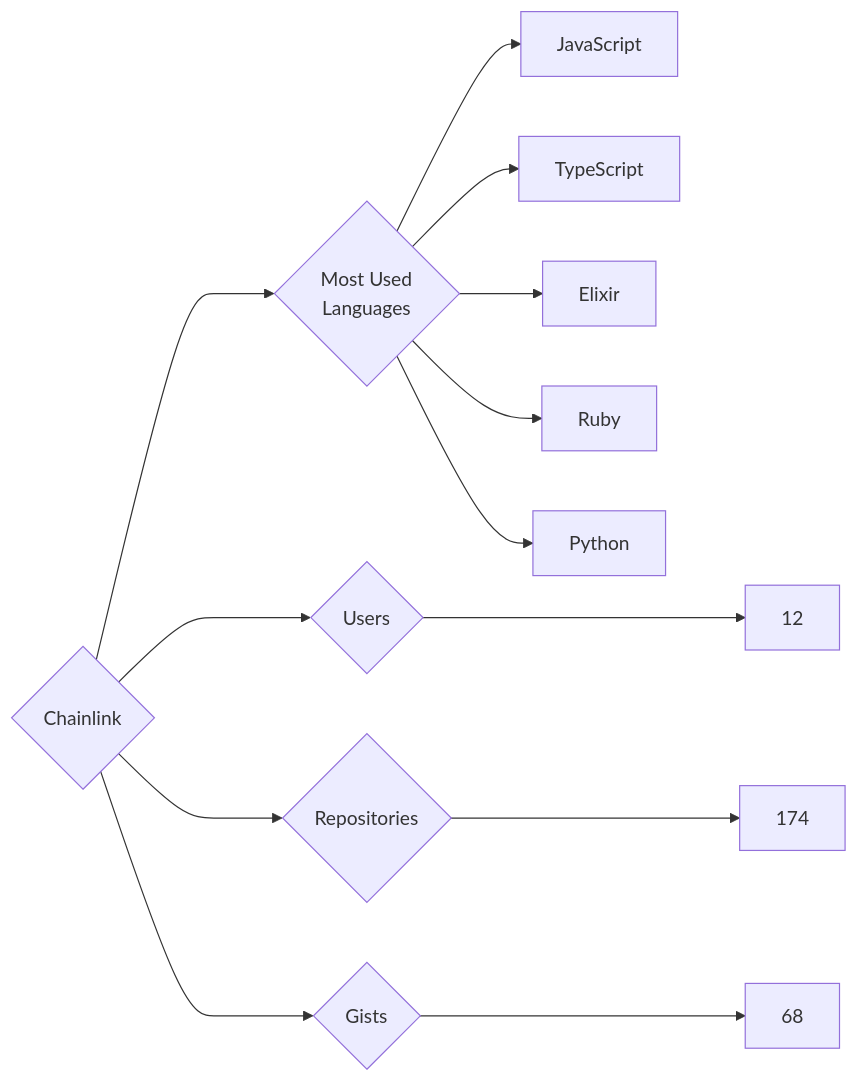
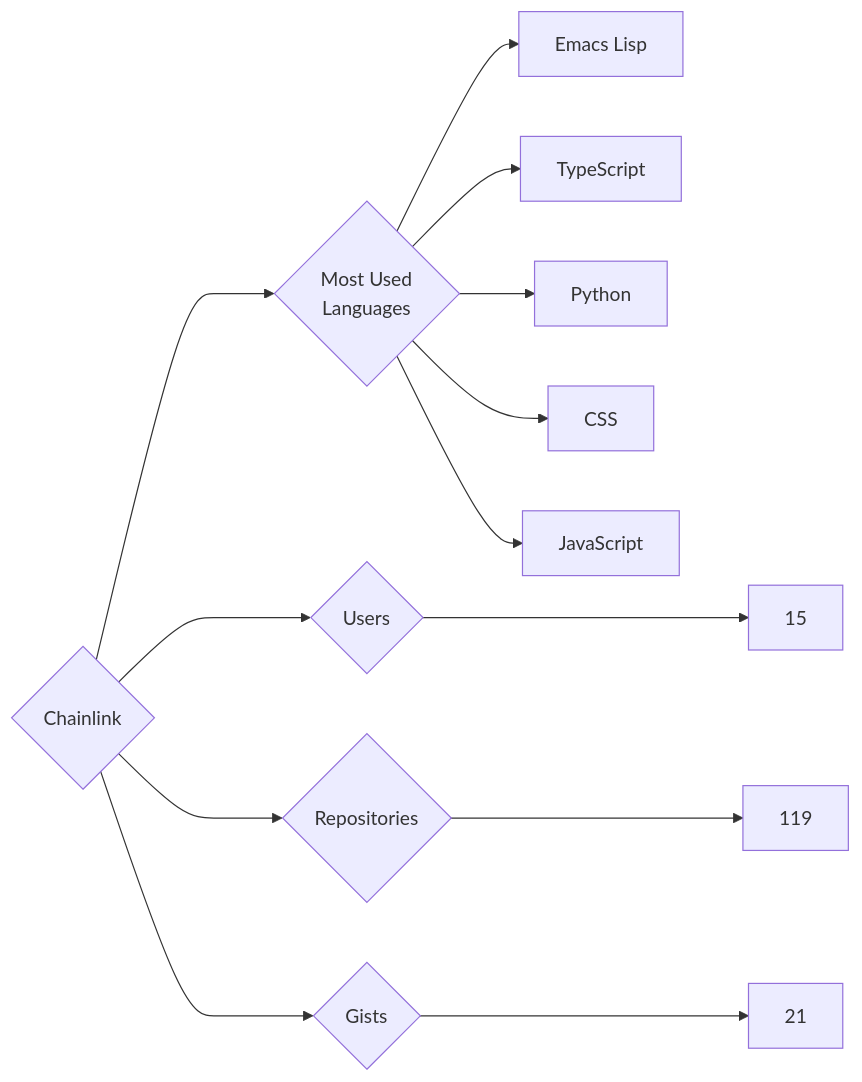
Before and after one commit to trickest/insiders: the diagram in targets/Chainlink/README.md, drawn with Mermaid. The commit also changed 1148 other files, not shown here.

````diff
--- a/targets/Chainlink/README.md
+++ b/targets/Chainlink/README.md
@@ -3,13 +3,13 @@
 ```mermaid
 graph LR
 COMPANY_NAME{Chainlink}
-COMPANY_NAME ---> U{Users} ---> UN[12]
-COMPANY_NAME ---> R{Repositories} ---> RN[174]
-COMPANY_NAME ---> G{Gists} ---> GN[68]
+COMPANY_NAME ---> U{Users} ---> UN[15]
+COMPANY_NAME ---> R{Repositories} ---> RN[119]
+COMPANY_NAME ---> G{Gists} ---> GN[21]
 COMPANY_NAME ---> ML{Most Used<br>Languages}
+ML --> Emacs_Lisp[Emacs Lisp]
+ML --> TypeScript[TypeScript]
+ML --> Python[Python]
+ML --> CSS[CSS]
 ML --> JavaScript[JavaScript]
-ML --> TypeScript[TypeScript]
-ML --> Elixir[Elixir]
-ML --> Ruby[Ruby]
-ML --> Python[Python]
 ```
````
